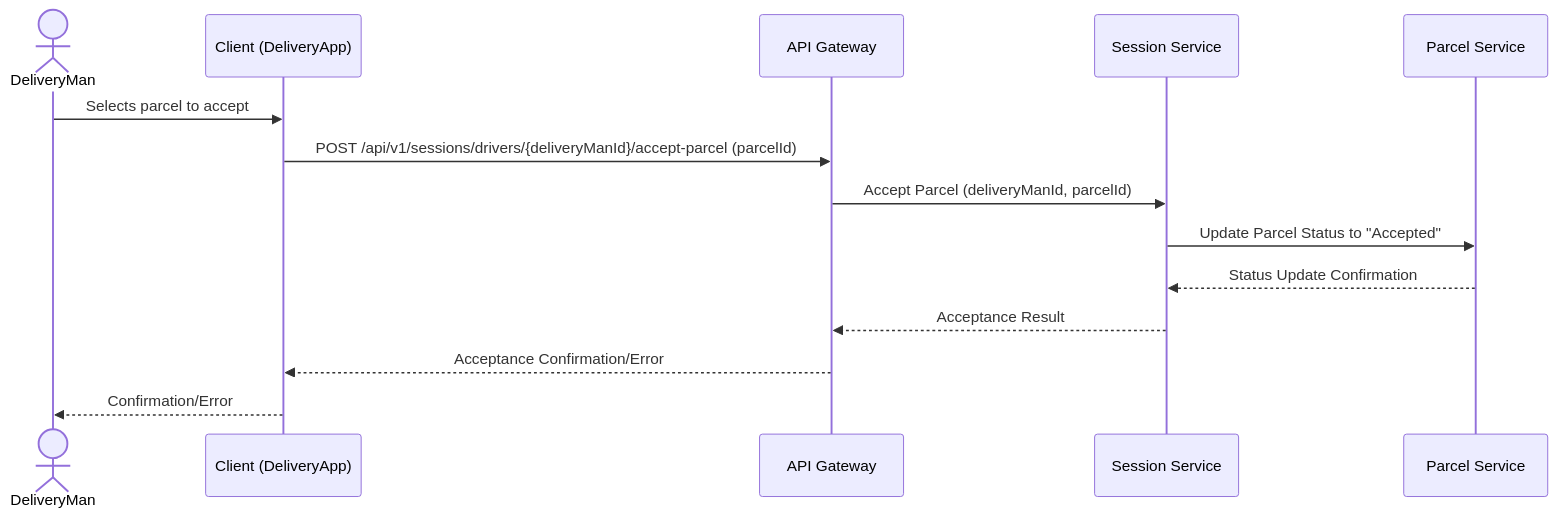
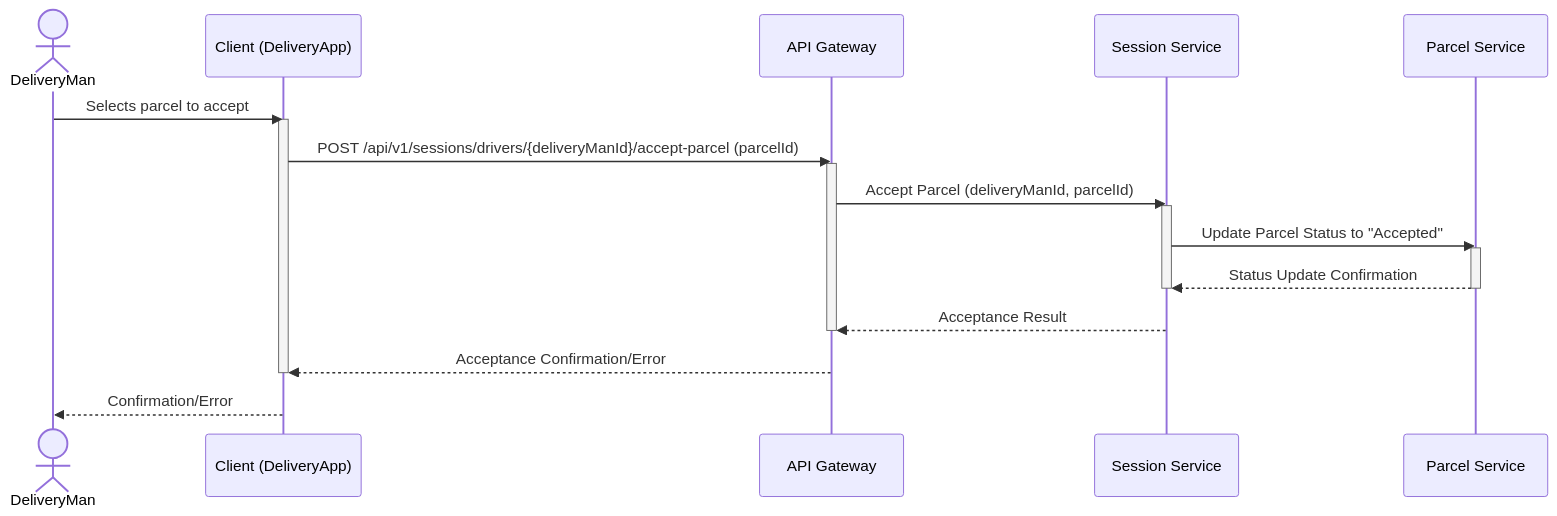
Before and after one commit to hungdev11/Delivery-Coodinating-System-And-Delivery-App: the third of 8 diagrams in reports/3_APIS_AND_FUNCTIONS/diagrams/parcel_workflows.md, drawn with Mermaid. The commit also changed other lines of this file and 11 other files, not shown here.

Commit message:
add processing bar for sequence diagram

````diff
--- a/reports/3_APIS_AND_FUNCTIONS/diagrams/parcel_workflows.md
+++ b/reports/3_APIS_AND_FUNCTIONS/diagrams/parcel_workflows.md
@@ -53,17 +63,25 @@
 ```mermaid
 sequenceDiagram
     actor DeliveryMan
     participant Client as Client (DeliveryApp)
     participant APIGateway as API Gateway
     participant SessionService as Session Service
     participant ParcelService as Parcel Service
 
     DeliveryMan->>Client: Selects parcel to accept
+    activate Client
     Client->>APIGateway: POST /api/v1/sessions/drivers/{deliveryManId}/accept-parcel (parcelId)
+    activate APIGateway
     APIGateway->>SessionService: Accept Parcel (deliveryManId, parcelId)
+    activate SessionService
     SessionService->>ParcelService: Update Parcel Status to "Accepted"
+    activate ParcelService
     ParcelService-->>SessionService: Status Update Confirmation
+    deactivate ParcelService
+    deactivate SessionService
     SessionService-->>APIGateway: Acceptance Result
+    deactivate APIGateway
     APIGateway-->>Client: Acceptance Confirmation/Error
+    deactivate Client
     Client-->>DeliveryMan: Confirmation/Error
 ```
````
